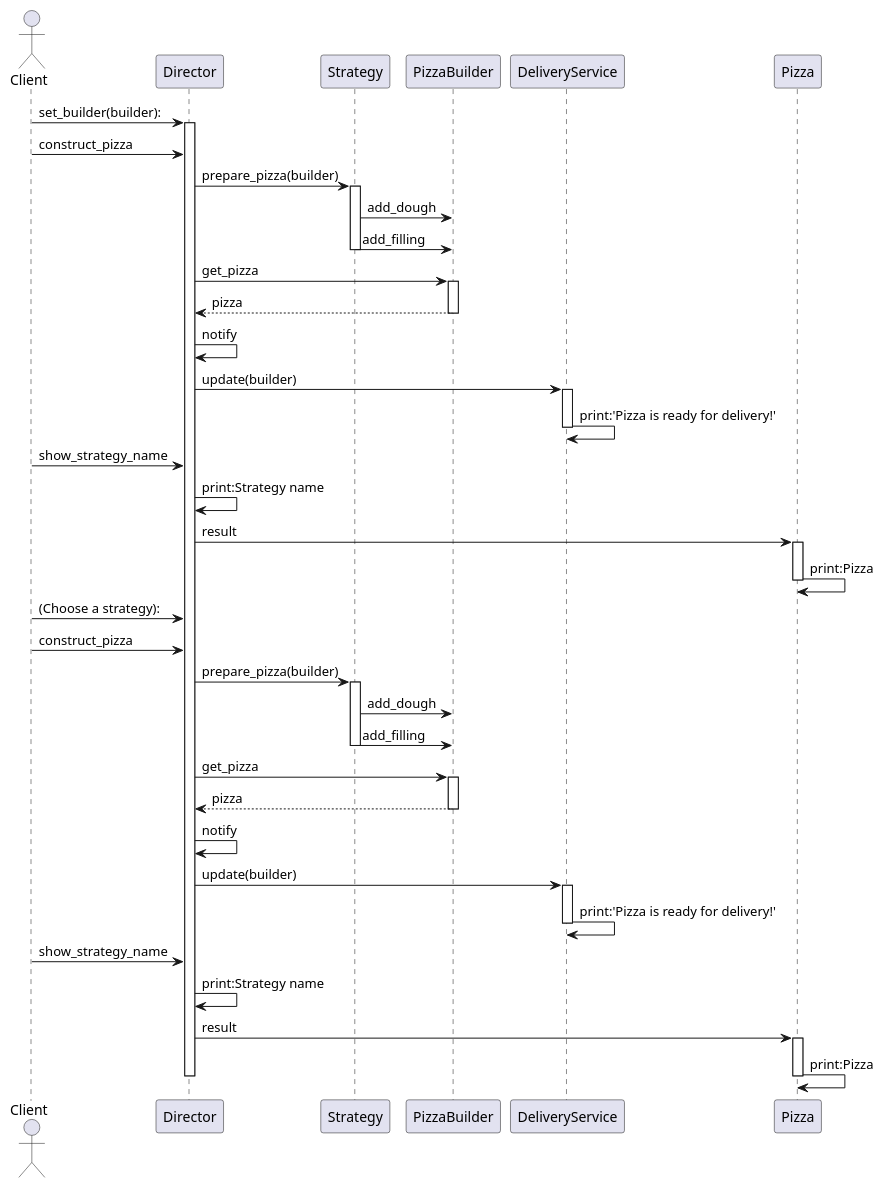
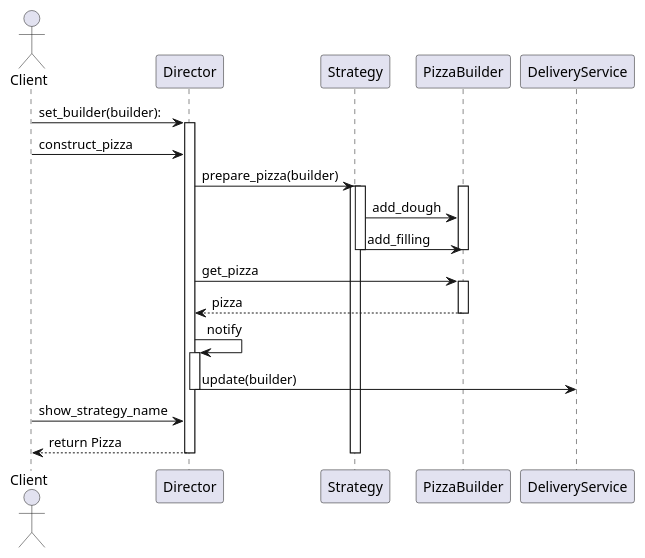
The diagram in Design_Patterns/UML/Sequence_Diagram_Pizza.puml (Vadym-Tsymbalistyi/mastering-software-development), drawn with PlantUML before and after one commit.

Commit message:
Fixed diagram

```diff
--- a/Design_Patterns/UML/Sequence_Diagram_Pizza.puml
+++ b/Design_Patterns/UML/Sequence_Diagram_Pizza.puml
@@ -1,64 +1,32 @@
 @startuml
 actor Client
 
 Client -> Director:set_builder(builder):
 activate Director
 Client -> Director:construct_pizza
 
 Director -> Strategy:prepare_pizza(builder)
-
 activate Strategy
+activate Strategy
+activate PizzaBuilder
 Strategy ->PizzaBuilder:add_dough
 Strategy ->PizzaBuilder:add_filling
+deactivate PizzaBuilder
 deactivate Strategy
 
 Director -> PizzaBuilder:get_pizza
 activate PizzaBuilder
 PizzaBuilder -->Director:pizza
 deactivate PizzaBuilder
 Director -> Director:notify
+activate Director
+Director -> DeliveryService: update(builder)
+deactivate Director
 
-Director -> DeliveryService: update(builder)
-activate DeliveryService
-DeliveryService -> DeliveryService:print:'Pizza is ready for delivery!'
-deactivate DeliveryService
 
 Client -> Director:show_strategy_name
-Director -> Director:print:Strategy name
+Director --> Client : return Pizza
 
-Director -> Pizza: result
-activate Pizza
-Pizza ->Pizza:print:Pizza
-deactivate Pizza
-
-Client -> Director: (Choose a strategy):
-Client -> Director:construct_pizza
-
-Director -> Strategy:prepare_pizza(builder)
-
-activate Strategy
-Strategy ->PizzaBuilder:add_dough
-Strategy ->PizzaBuilder:add_filling
 deactivate Strategy
-
-Director -> PizzaBuilder:get_pizza
-activate PizzaBuilder
-PizzaBuilder-->Director:pizza
-deactivate PizzaBuilder
-Director -> Director:notify
-
-Director -> DeliveryService: update(builder)
-activate DeliveryService
-DeliveryService -> DeliveryService:print:'Pizza is ready for delivery!'
-deactivate DeliveryService
-
-Client -> Director:show_strategy_name
-Director -> Director:print:Strategy name
-
-Director -> Pizza: result
-activate Pizza
-Pizza -> Pizza:print:Pizza
-deactivate Pizza
-
 deactivate Director
 @enduml
```
